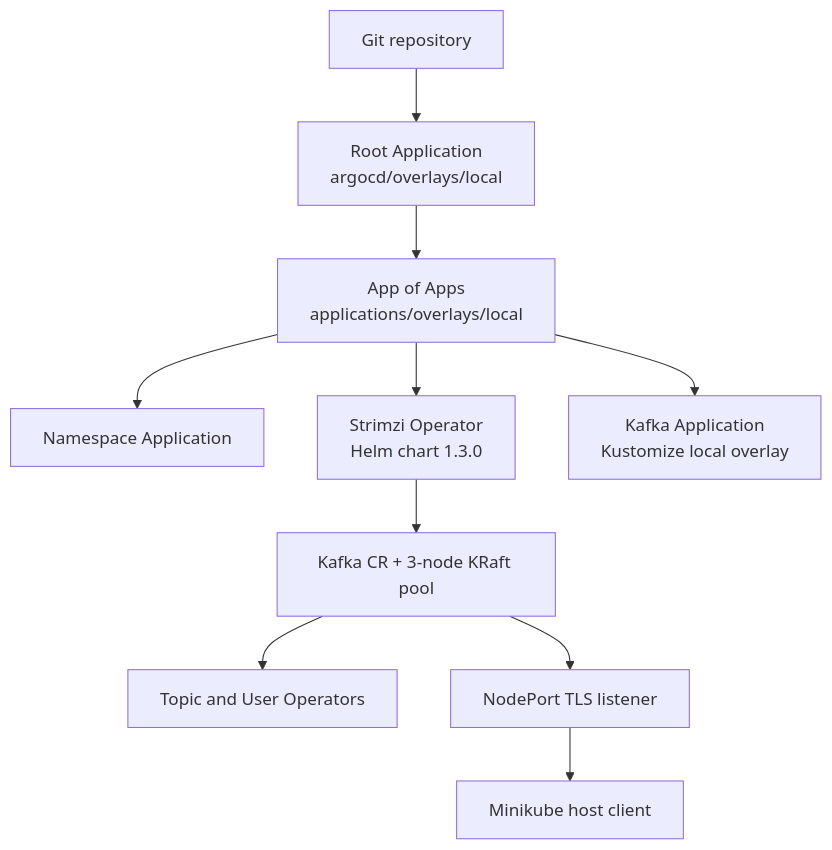
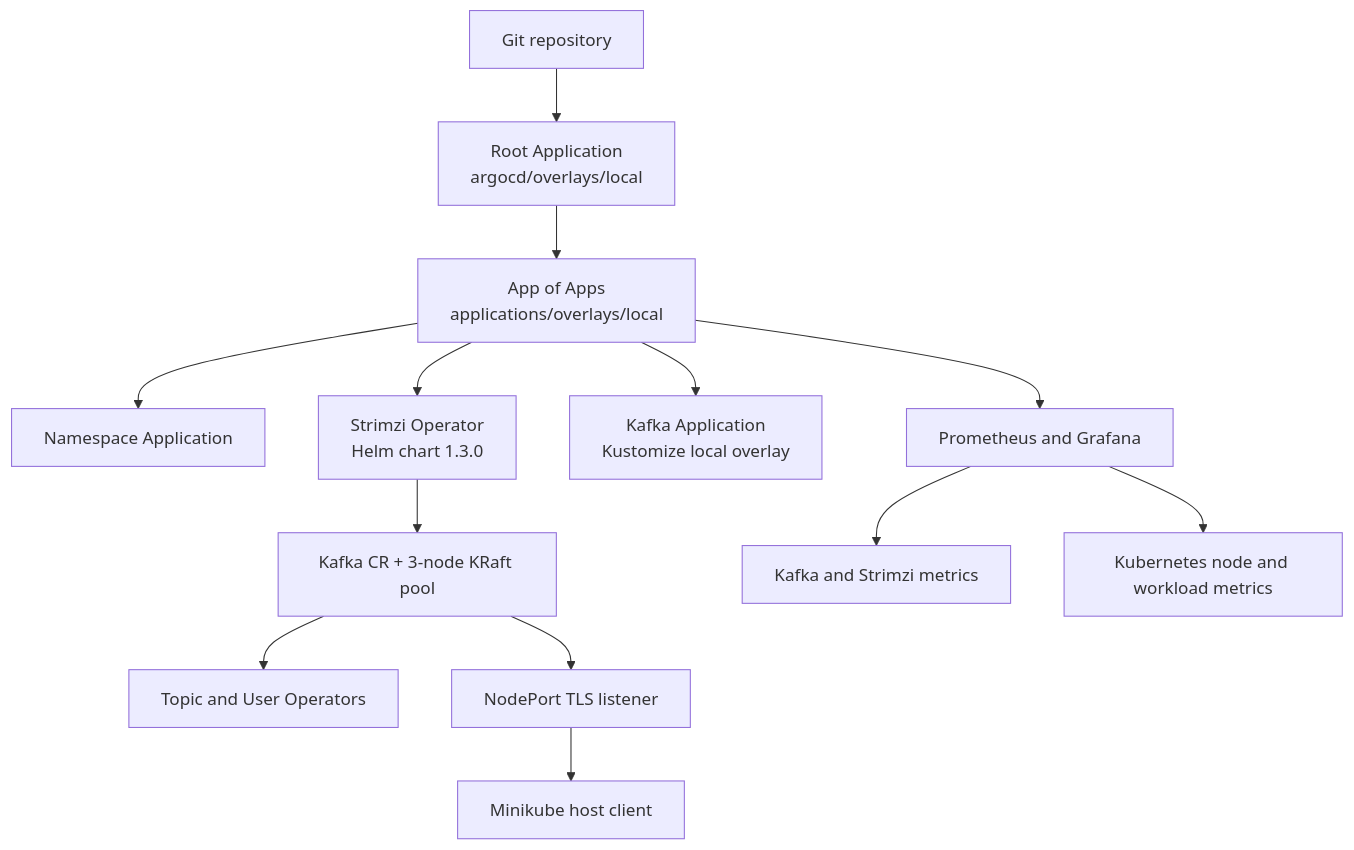
One commit to zamirarif/strimzi-minikube-gitops changed the diagram in README.md. Above: the diagram before and after it, drawn with Mermaid. The commit also changed other lines of this file and 15 other files, not shown here.

````diff
--- a/README.md
+++ b/README.md
@@ -7,21 +7,24 @@
 ```mermaid
 flowchart TD
     Git[Git repository]
     Root[Root Application<br/>argocd/overlays/local]
     Apps[App of Apps<br/>applications/overlays/local]
     Namespaces[Namespace Application]
     Operator[Strimzi Operator<br/>Helm chart 1.3.0]
     Kafka[Kafka Application<br/>Kustomize local overlay]
     Cluster[Kafka CR + 3-node KRaft pool]
     Entity[Topic and User Operators]
     External[NodePort TLS listener]
 
     Git --> Root --> Apps
     Apps --> Namespaces
     Apps --> Operator
     Apps --> Kafka
+    Apps --> Monitoring[Prometheus and Grafana]
     Operator --> Cluster
     Cluster --> Entity
     Cluster --> External
+    Monitoring --> KafkaMetrics[Kafka and Strimzi metrics]
+    Monitoring --> NodeMetrics[Kubernetes node and workload metrics]
     External --> Client[Minikube host client]
 ```
````
